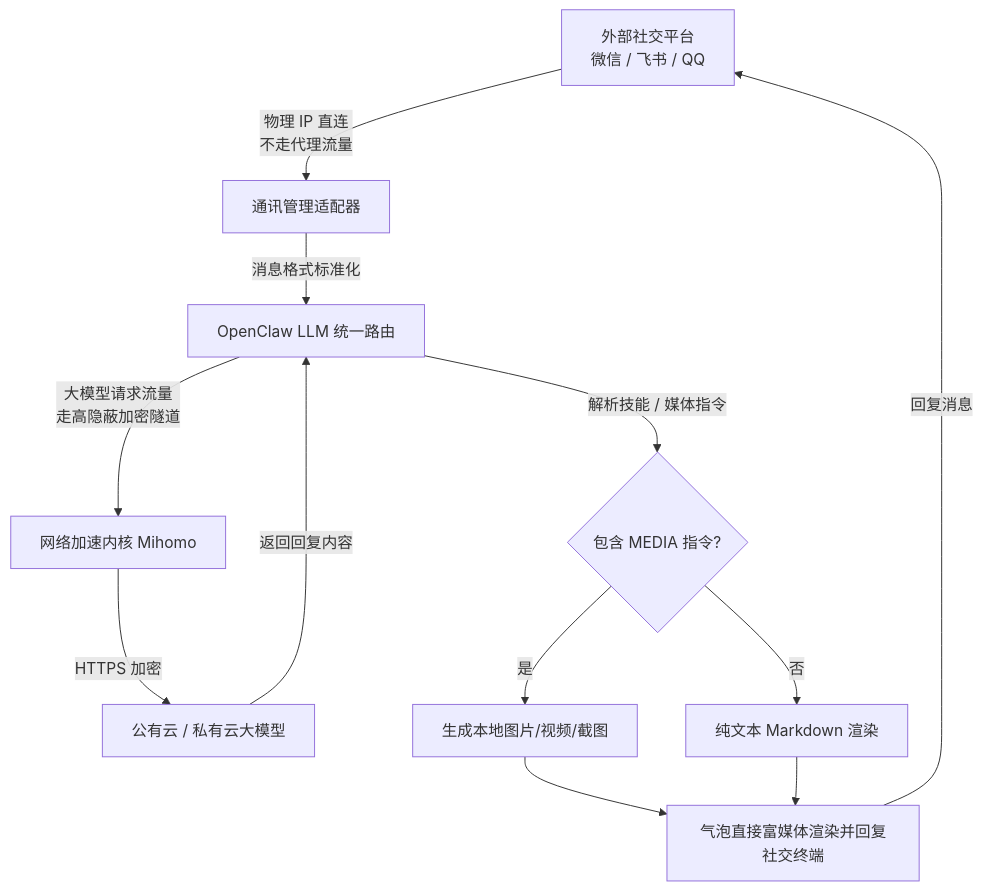
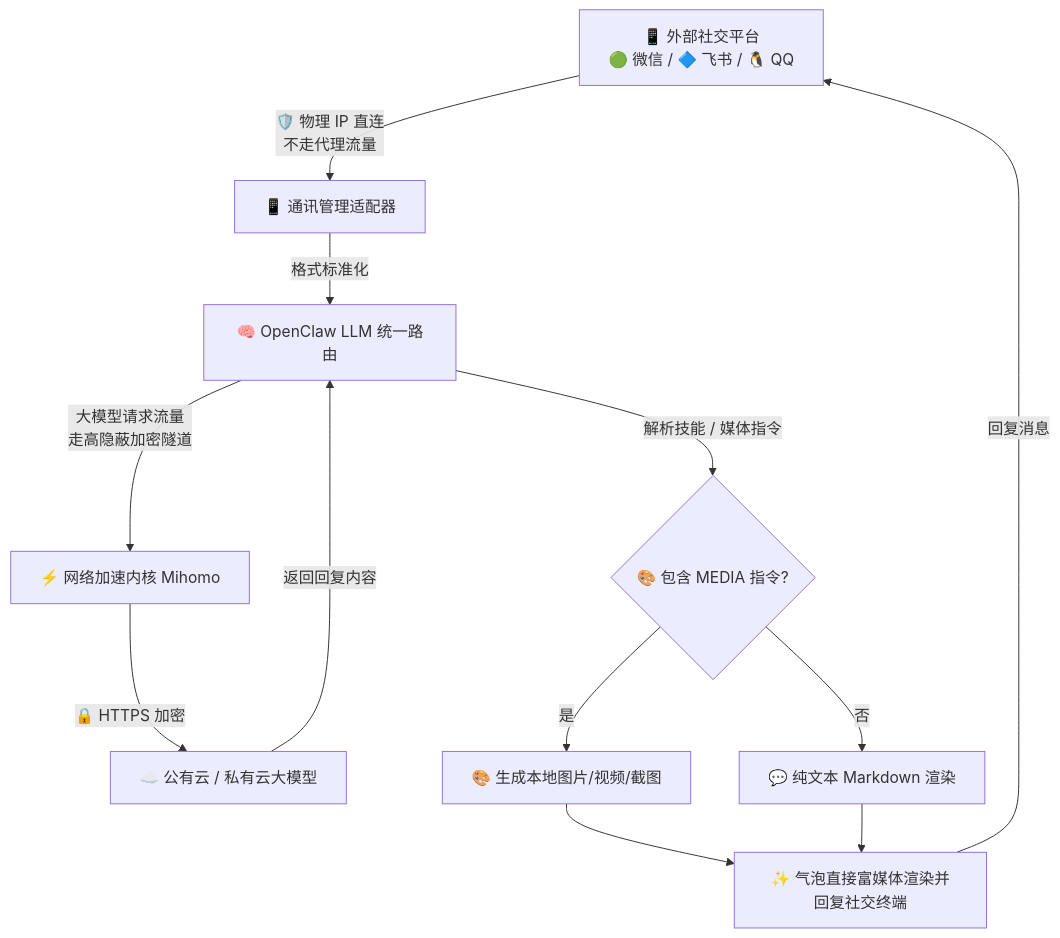
Before and after one commit to 2014-y/NexoraAgent: the third of 5 diagrams in README.md, drawn with Mermaid. The commit also changed other lines of this file, not shown here.

````diff
--- a/README.md
+++ b/README.md
@@ -298,14 +356,14 @@
 ```mermaid
 flowchart TD
-    A[外部社交平台<br/>微信 / 飞书 / QQ] -->|物理 IP 直连<br/>不走代理流量| B[通讯管理适配器]
-    B -->|消息格式标准化| C[OpenClaw LLM 统一路由]
-    C -->|大模型请求流量<br/>走高隐蔽加密隧道| D[网络加速内核 Mihomo]
-    D -->|HTTPS 加密| E[公有云 / 私有云大模型]
+    A[📱 外部社交平台<br/>🟢 微信 / 🔷 飞书 / 🐧 QQ] -->|🛡️ 物理 IP 直连<br/>不走代理流量| B[📱 通讯管理适配器]
+    B -->|格式标准化| C[🧠 OpenClaw LLM 统一路由]
+    C -->|大模型请求流量<br/>走高隐蔽加密隧道| D[⚡ 网络加速内核 Mihomo]
+    D -->|🔒 HTTPS 加密| E[☁️ 公有云 / 私有云大模型]
     E -->|返回回复内容| C
-    C -->|解析技能 / 媒体指令| F{包含 MEDIA 指令?}
-    F -- 是 --> G[生成本地图片/视频/截图]
-    F -- 否 --> H[纯文本 Markdown 渲染]
-    G --> I[气泡直接富媒体渲染并回复社交终端]
+    C -->|解析技能 / 媒体指令| F{🎨 包含 MEDIA 指令?}
+    F -- 是 --> G[🎨 生成本地图片/视频/截图]
+    F -- 否 --> H[💬 纯文本 Markdown 渲染]
+    G --> I[✨ 气泡直接富媒体渲染并回复社交终端]
     H --> I
     I -->|回复消息| A
 ```
````
